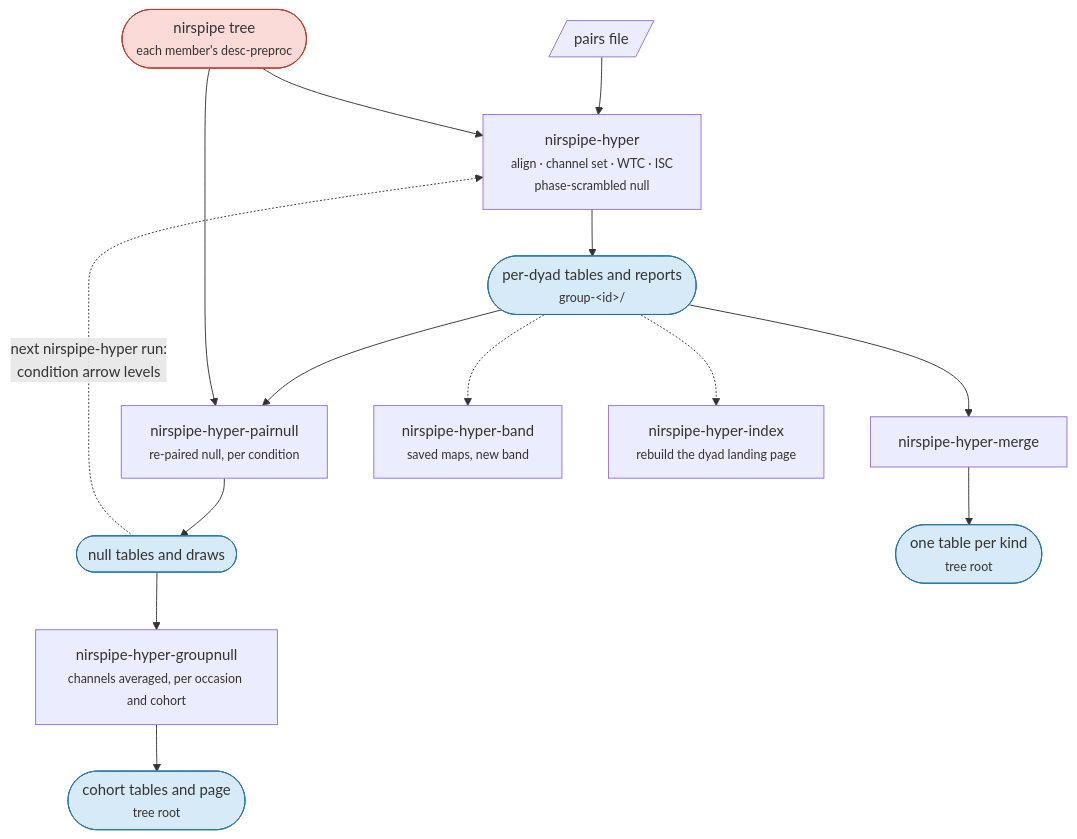
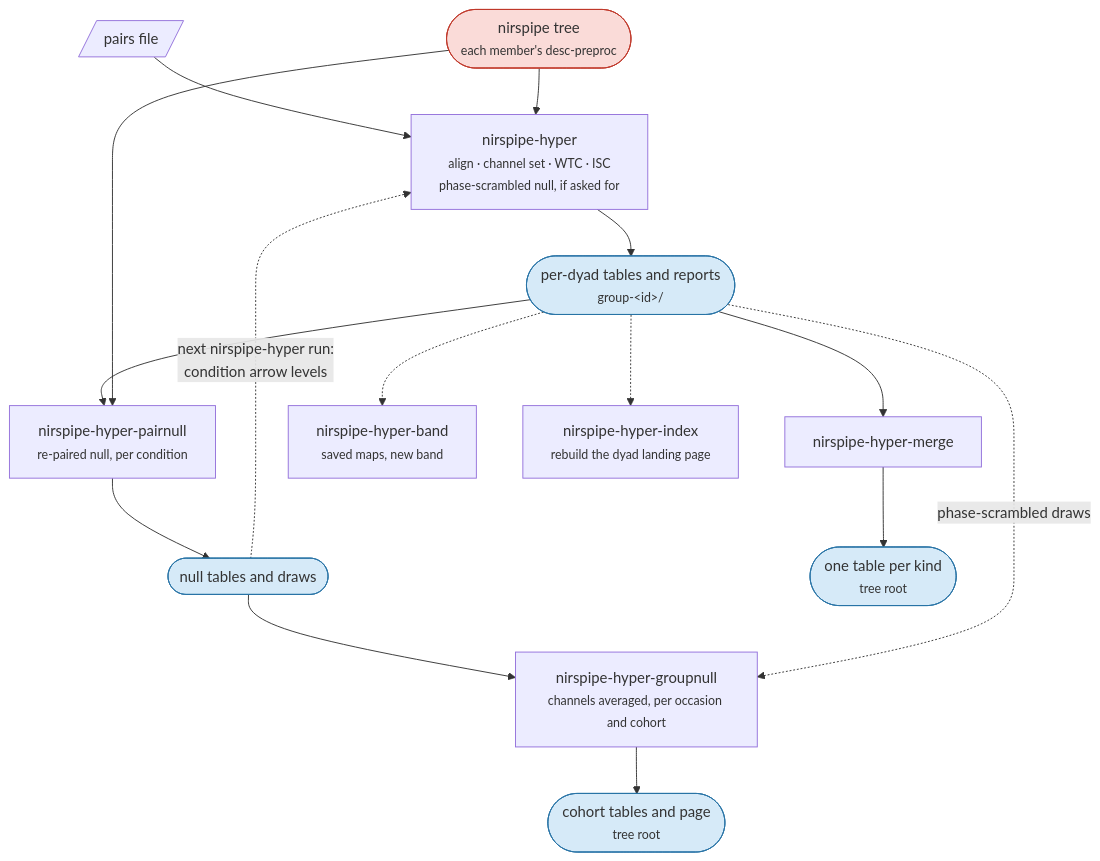
One commit to AU-CONNECT-Lab/NIRSPipe changed the diagram in docs/hyperscanning.md. Above: the diagram before and after it, drawn with Mermaid.

Commit message:
docs: the hyperscanning diagram marks the phase-scrambled null as optional and shows nirspipe-hyper-groupnull reading its draws as well as the re-paired ones

````diff
--- a/docs/hyperscanning.md
+++ b/docs/hyperscanning.md
@@ -9,27 +9,28 @@
 ```mermaid
 flowchart TD
     PAIRS[/"pairs file"/]
     TREE(["nirspipe tree<br/><small>each member's desc-preproc</small>"])
 
     PAIRS --> HYP
-    TREE --> HYP["nirspipe-hyper<br/><small>align · channel set · WTC · ISC<br/>phase-scrambled null</small>"]
+    TREE --> HYP["nirspipe-hyper<br/><small>align · channel set · WTC · ISC<br/>phase-scrambled null, if asked for</small>"]
     HYP --> REAL(["per-dyad tables and reports<br/><small>group-&lt;id&gt;/</small>"])
 
     REAL --> PN["nirspipe-hyper-pairnull<br/><small>re-paired null, per condition</small>"]
     TREE --> PN
     PN --> DRAWS(["null tables and draws"])
     DRAWS -.->|"next nirspipe-hyper run:<br/>condition arrow levels"| HYP
 
     DRAWS --> GN["nirspipe-hyper-groupnull<br/><small>channels averaged, per occasion and cohort</small>"]
+    REAL -.->|"phase-scrambled draws"| GN
     GN --> COH(["cohort tables and page<br/><small>tree root</small>"])
 
     REAL --> MERGE["nirspipe-hyper-merge"]
     MERGE --> MER(["one table per kind<br/><small>tree root</small>"])
     REAL -.-> BAND["nirspipe-hyper-band<br/><small>saved maps, new band</small>"]
     REAL -.-> IDX["nirspipe-hyper-index<br/><small>rebuild the dyad landing page</small>"]
 
     classDef derivative fill:#d6eaf8,stroke:#2874a6
     classDef haemo fill:#fadbd8,stroke:#c0392b
     class TREE haemo
     class REAL,DRAWS,COH,MER derivative
 ```
````
